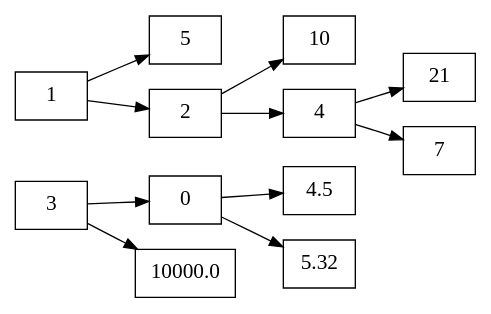
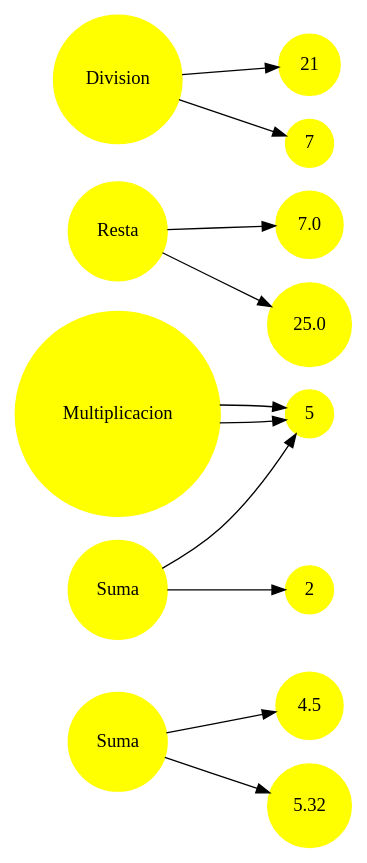
One commit to GiovanniEstrada/LFP_Proyecto1_202006413 changed the diagram in digraph.dot. Above: the diagram before and after it, drawn with Graphviz. The commit also changed 6 other files, not shown here.

```diff
--- a/digraph.dot
+++ b/digraph.dot
@@ -1,14 +1,19 @@
 digraph { 
 rankdir = LR 
-node[shape=record, fontname="Arial Black", fontsize=16] 
-0 -> 4.5 
-0 -> 5.32 
-1 -> 5 
-1 -> 2 
-2 -> 10 
-2 -> 4 
-3 -> 0 
-3 -> 10000.0 
-4 -> 21 
-4 -> 7 
+node[shape=circle style=filled fontcolor=black color=yellow] 
+ "a" [label = "Suma"] 
+a -> 4.5 
+a -> 5.32 
+ "b" [label = "Suma"] 
+b -> 5 
+b -> 2 
+ "c" [label = "Multiplicacion"] 
+c -> 5 
+c -> 5 
+ "d" [label = "Resta"] 
+d -> 7.0 
+d -> 25.0 
+ "e" [label = "Division"] 
+e -> 21 
+e -> 7 
 } 
```
